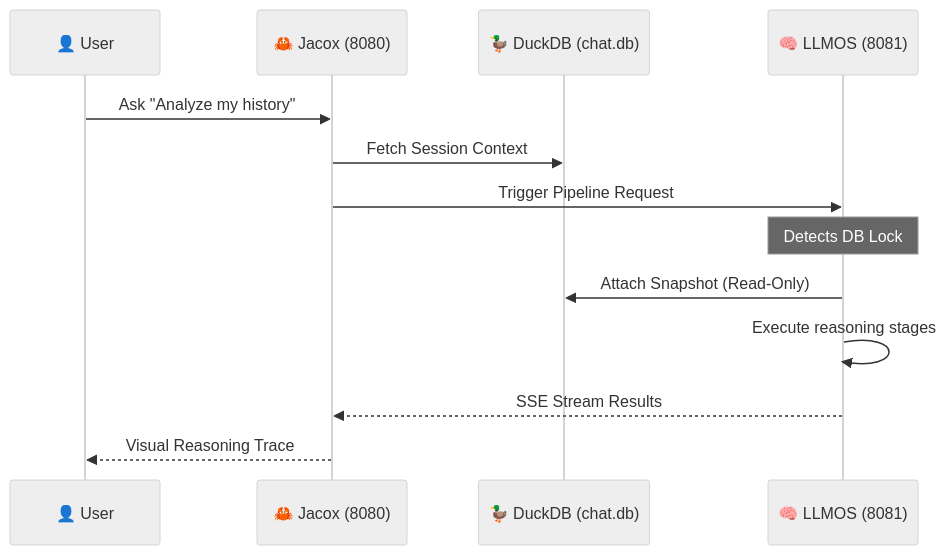
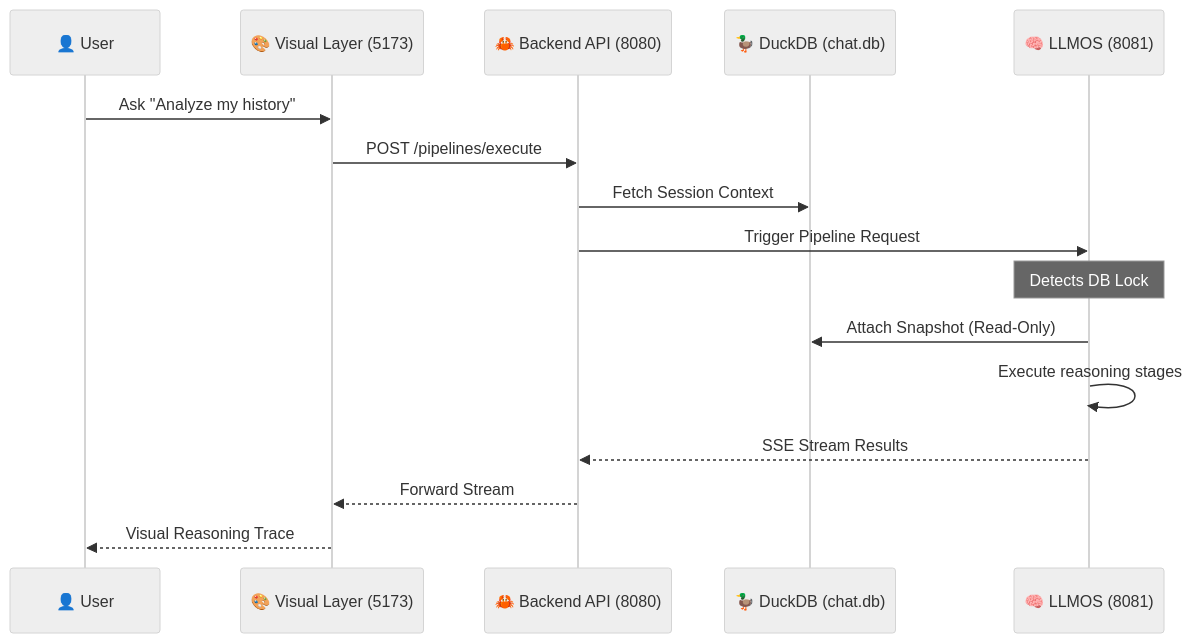
One commit to jacovinus/jacox changed the diagram in ARCHITECTURE.md. Above: the diagram before and after it, drawn with Mermaid (neutral theme). The commit also changed other lines of this file, not shown here.

Commit message:
fix: ui layer at arch

````diff
--- a/ARCHITECTURE.md
+++ b/ARCHITECTURE.md
@@ -46,16 +46,19 @@
 ```mermaid
 sequenceDiagram
     participant User as 👤 User
-    participant Jacox as 🦀 Jacox (8080)
+    participant UI as 🎨 Visual Layer (5173)
+    participant Jacox as 🦀 Backend API (8080)
     participant DB as 🦆 DuckDB (chat.db)
     participant LLMOS as 🧠 LLMOS (8081)
     
-    User->>Jacox: Ask "Analyze my history"
+    User->>UI: Ask "Analyze my history"
+    UI->>Jacox: POST /pipelines/execute
     Jacox->>DB: Fetch Session Context
     Jacox->>LLMOS: Trigger Pipeline Request
     Note over LLMOS: Detects DB Lock
     LLMOS->>DB: Attach Snapshot (Read-Only)
     LLMOS->>LLMOS: Execute reasoning stages
     LLMOS-->>Jacox: SSE Stream Results
-    Jacox-->>User: Visual Reasoning Trace
+    Jacox-->>UI: Forward Stream
+    UI-->>User: Visual Reasoning Trace
 ```
````
